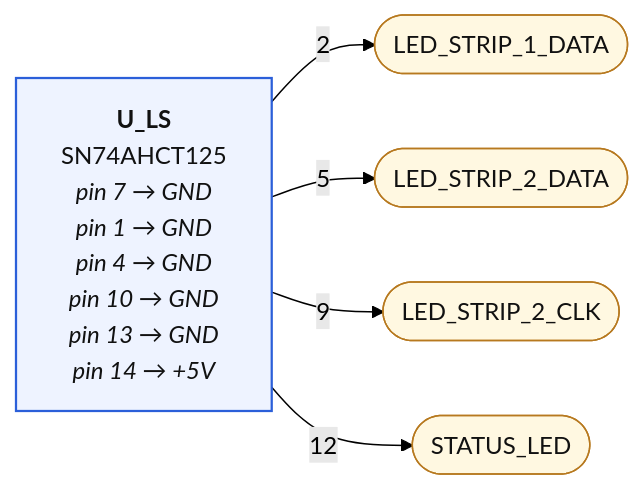
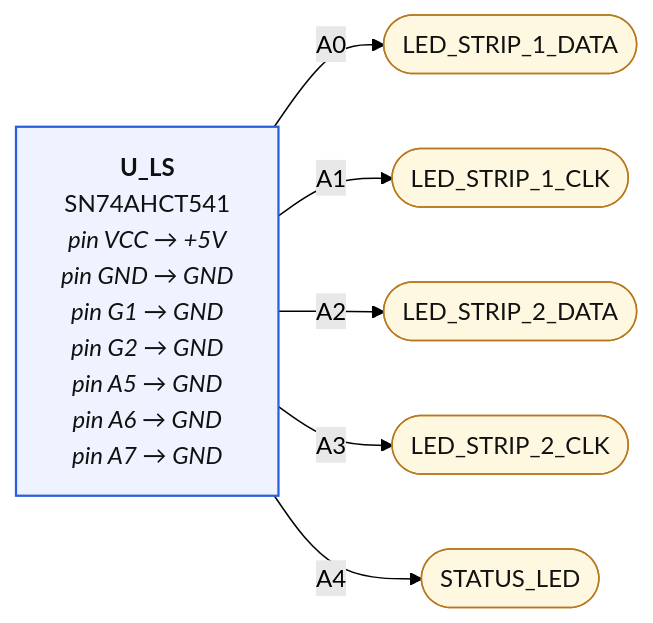
One commit to mrwillson2u/propmesh changed the first of 5 diagrams in hardware/pro/sheets/05-led.diagram.md. Above: the diagram before and after it, drawn with Mermaid (forest theme). The commit also changed other lines of this file and 44 other files, not shown here.

````diff
--- a/hardware/pro/sheets/05-led.diagram.md
+++ b/hardware/pro/sheets/05-led.diagram.md
@@ -7,19 +7,21 @@
 ```mermaid
 graph LR
   classDef part fill:#eef3ff,stroke:#2b5fd9,stroke-width:1.5px,color:#111
   classDef net fill:#fff8e1,stroke:#b7791f,color:#111
   classDef rail fill:#ffe0b2,stroke:#e65100,stroke-width:3px,color:#111,font-weight:bold
   classDef badnet fill:#ffe0e0,stroke:#c00,stroke-width:3px,color:#111,font-weight:bold
   classDef absent fill:#fff,stroke:#c00,stroke-width:2px,stroke-dasharray:6 4,color:#c00
   classDef extra fill:#ffecec,stroke:#c00,stroke-width:2px,color:#111
   classDef dnp fill:#f5f5f5,stroke:#999,stroke-dasharray:3 3,color:#666
   N_LED_STRIP_1_DATA(["LED_STRIP_1_DATA"]):::net
-  P_U_LS["<b>U_LS</b><br/>SN74AHCT125<br/><i>pin 7 → GND</i><br/><i>pin 1 → GND</i><br/><i>pin 4 → GND</i><br/><i>pin 10 → GND</i><br/><i>pin 13 → GND</i><br/><i>pin 14 → +5V</i>"]:::part
-  P_U_LS --"2"--> N_LED_STRIP_1_DATA
+  P_U_LS["<b>U_LS</b><br/>SN74AHCT541<br/><i>pin VCC → +5V</i><br/><i>pin GND → GND</i><br/><i>pin G1 → GND</i><br/><i>pin G2 → GND</i><br/><i>pin A5 → GND</i><br/><i>pin A6 → GND</i><br/><i>pin A7 → GND</i>"]:::part
+  P_U_LS --"A0"--> N_LED_STRIP_1_DATA
+  N_LED_STRIP_1_CLK(["LED_STRIP_1_CLK"]):::net
+  P_U_LS --"A1"--> N_LED_STRIP_1_CLK
   N_LED_STRIP_2_DATA(["LED_STRIP_2_DATA"]):::net
-  P_U_LS --"5"--> N_LED_STRIP_2_DATA
+  P_U_LS --"A2"--> N_LED_STRIP_2_DATA
   N_LED_STRIP_2_CLK(["LED_STRIP_2_CLK"]):::net
-  P_U_LS --"9"--> N_LED_STRIP_2_CLK
+  P_U_LS --"A3"--> N_LED_STRIP_2_CLK
   N_STATUS_LED(["STATUS_LED"]):::net
-  P_U_LS --"12"--> N_STATUS_LED
+  P_U_LS --"A4"--> N_STATUS_LED
 ```
````
